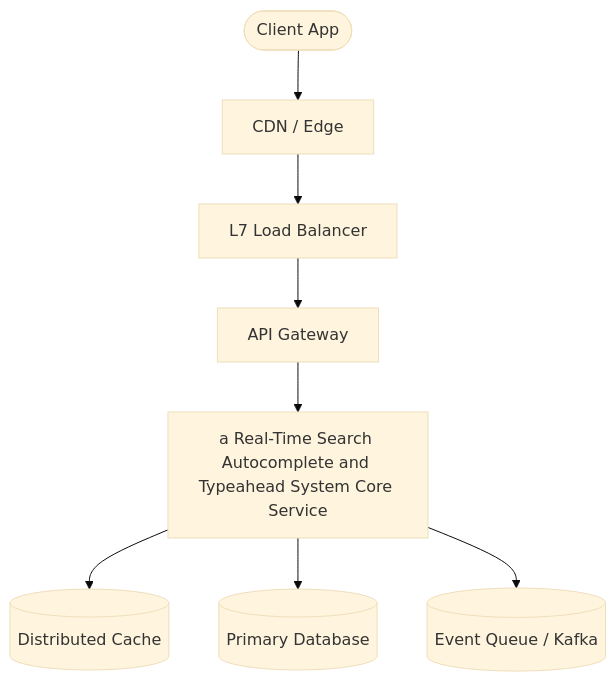
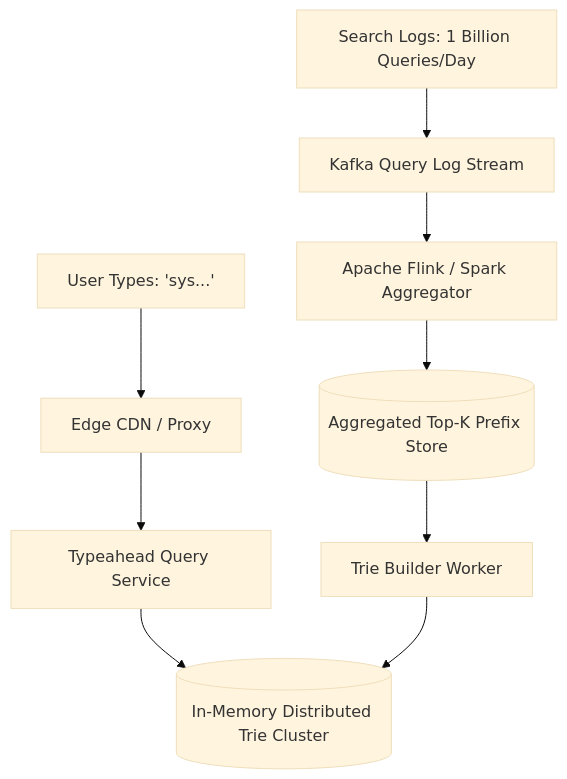
Before and after one commit to Umair9966/system-design-handbook: the first of 2 diagrams in docs/19-case-studies/18-search-autocomplete-typeahead.md, drawn with Mermaid (base theme). The commit also changed other lines of this file and 237 other files, not shown here.

````diff
--- a/docs/19-case-studies/18-search-autocomplete-typeahead.md
+++ b/docs/19-case-studies/18-search-autocomplete-typeahead.md
@@ -44,10 +5,12 @@
 ```mermaid
 graph TD
-    Client([Client App]) --> CDN[CDN / Edge]
-    CDN --> LB[L7 Load Balancer]
-    LB --> Gateway[API Gateway]
-    Gateway --> Service[a Real-Time Search Autocomplete and Typeahead System Core Service]
-    Service --> Cache[(Distributed Cache)]
-    Service --> PrimaryDB[(Primary Database)]
-    Service --> MessageQueue[(Event Queue / Kafka)]
+    User[User Types: 'sys...'] --> Edge[Edge CDN / Proxy]
+    Edge --> TypeaheadSvc[Typeahead Query Service]
+    TypeaheadSvc --> TrieCache[(In-Memory Distributed Trie Cluster)]
+    
+    LogStream[Search Logs: 1 Billion Queries/Day] --> Kafka[Kafka Query Log Stream]
+    Kafka --> Flink[Apache Flink / Spark Aggregator]
+    Flink --> TopKDB[(Aggregated Top-K Prefix Store)]
+    TopKDB --> TrieBuilder[Trie Builder Worker]
+    TrieBuilder --> TrieCache
 ```
````
